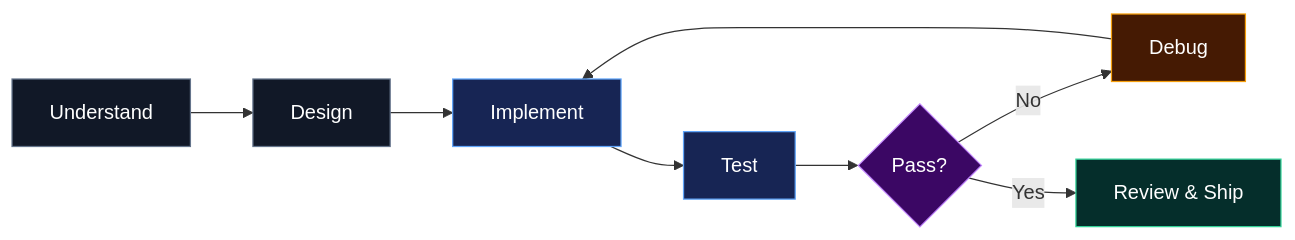
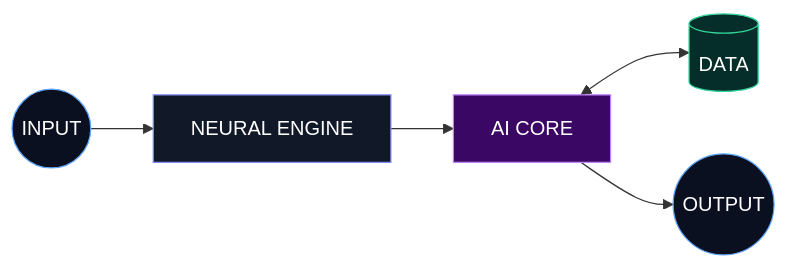
One commit to AkshatRaj00/AkshatRaj00 changed the diagram in README.md. Above: the diagram before and after it, drawn with Mermaid. The commit also changed other lines of this file, not shown here.

````diff
--- a/README.md
+++ b/README.md
@@ -145,18 +19,13 @@
 ```mermaid
 flowchart LR
-    A["Understand"] --> B["Design"]
-    B --> C["Implement"]
-    C --> D["Test"]
-    D --> E{"Pass?"}
-    E -- "No" --> F["Debug"]
-    F --> C
-    E -- "Yes" --> G["Review & Ship"]
+    A(("INPUT")) --> B["NEURAL ENGINE"]
+    B --> C["AI CORE"]
+    C <--> D[("DATA")]
+    C --> E(("OUTPUT"))
 
-    style A fill:#111827,stroke:#64748B,color:#FFFFFF
-    style B fill:#111827,stroke:#64748B,color:#FFFFFF
-    style C fill:#172554,stroke:#60A5FA,color:#FFFFFF
-    style D fill:#172554,stroke:#60A5FA,color:#FFFFFF
-    style E fill:#3B0764,stroke:#C084FC,color:#FFFFFF
-    style F fill:#451A03,stroke:#F59E0B,color:#FFFFFF
-    style G fill:#052E2B,stroke:#34D399,color:#FFFFFF
+    style A fill:#0B1020,stroke:#60A5FA,color:#FFFFFF
+    style B fill:#111827,stroke:#818CF8,color:#FFFFFF
+    style C fill:#3B0764,stroke:#C084FC,color:#FFFFFF
+    style D fill:#052E2B,stroke:#34D399,color:#FFFFFF
+    style E fill:#0B1020,stroke:#60A5FA,color:#FFFFFF
 ```
````
